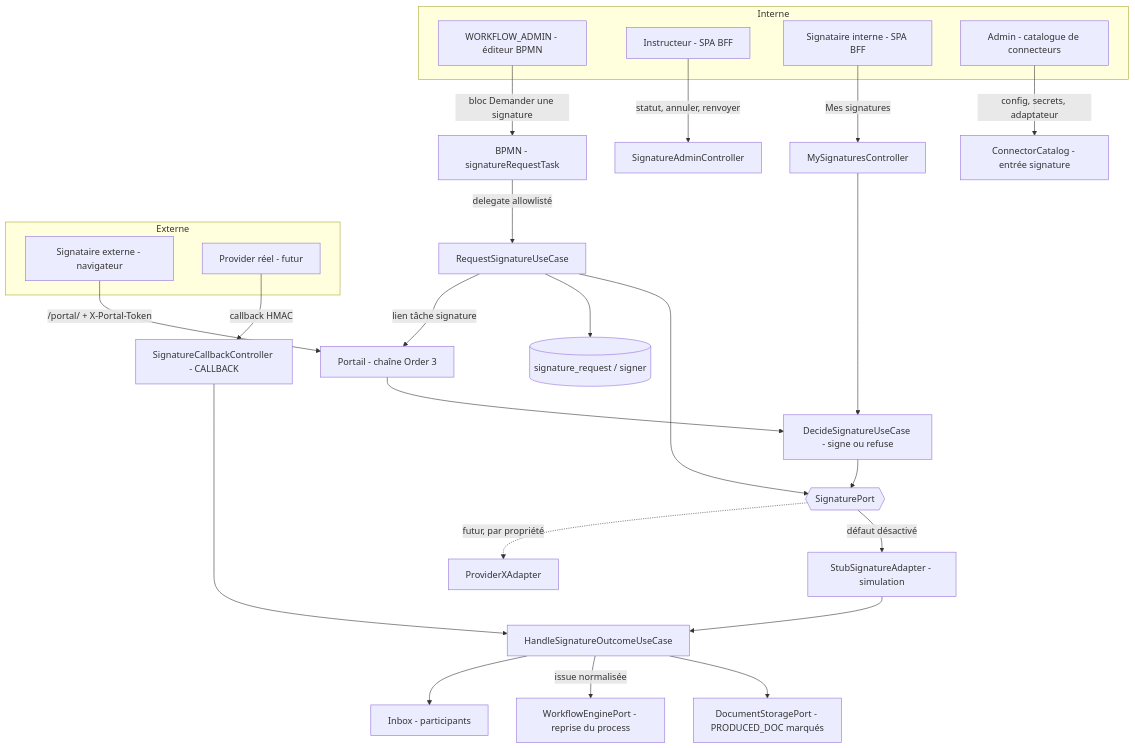
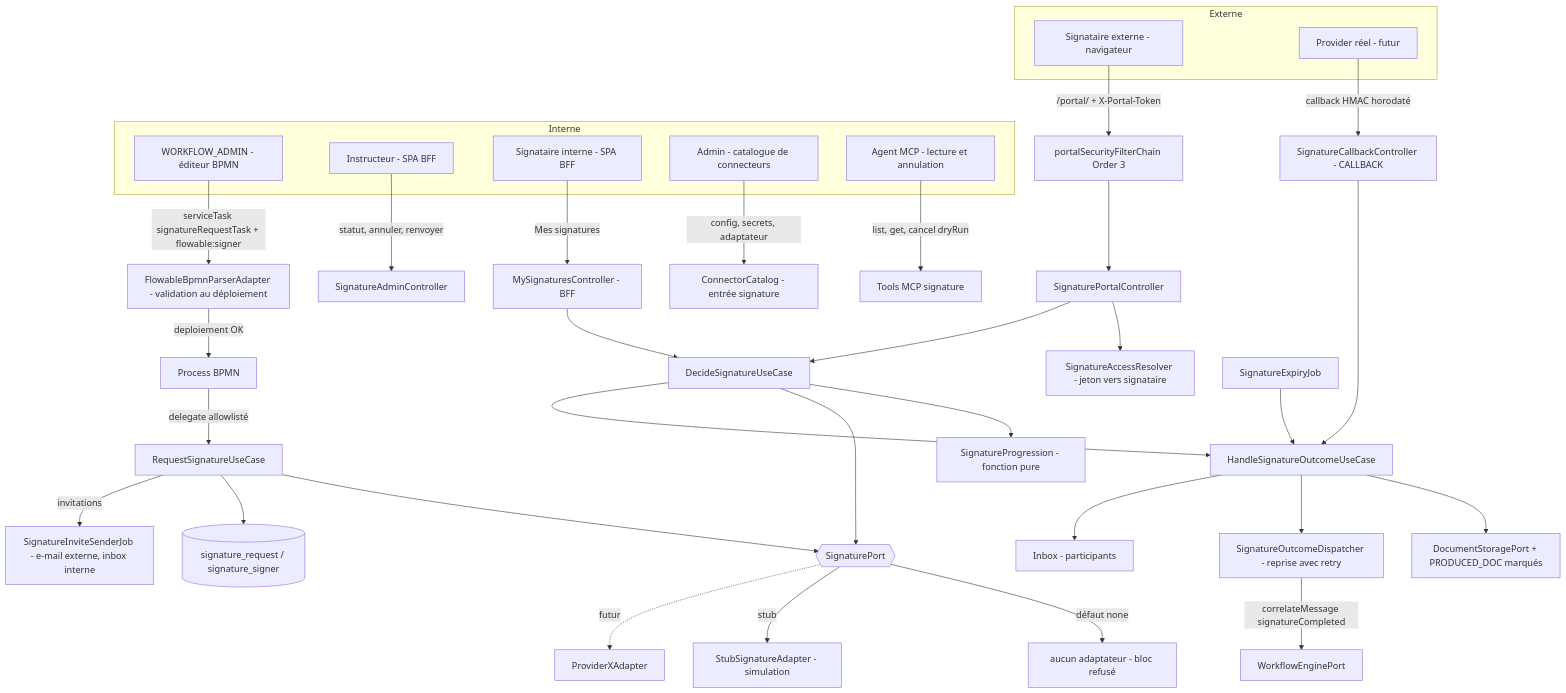
One commit to superjojo79/Myrmacta changed the first of 3 diagrams in docs/ai/design/2026-09-29-feature-signature-electronique.md. Above: the diagram before and after it, drawn with Mermaid. The commit also changed other lines of this file and 7 other files, not shown here.

First line of the commit message:
docs(signature): Phase 3 (design) close — tables dédiées, marqueur BPMN, garde du stub

````diff
--- a/docs/ai/design/2026-09-29-feature-signature-electronique.md
+++ b/docs/ai/design/2026-09-29-feature-signature-electronique.md
@@ -18,34 +31,43 @@
 ```mermaid
 graph TD
     subgraph Externe
         S[Signataire externe - navigateur]
         P[Provider réel - futur]
     end
     subgraph Interne
         A[WORKFLOW_ADMIN - éditeur BPMN]
         I[Instructeur - SPA BFF]
         SI[Signataire interne - SPA BFF]
         AD[Admin - catalogue de connecteurs]
+        AG[Agent MCP - lecture et annulation]
     end
 
-    A -->|bloc Demander une signature| BPMN[BPMN - signatureRequestTask]
+    A -->|serviceTask signatureRequestTask + flowable:signer| PARSER[FlowableBpmnParserAdapter - validation au déploiement]
+    PARSER -->|deploiement OK| BPMN[Process BPMN]
     BPMN -->|delegate allowlisté| UC[RequestSignatureUseCase]
     UC --> PORT{{SignaturePort}}
-    PORT -->|défaut désactivé| STUB[StubSignatureAdapter - simulation]
-    PORT -.->|futur, par propriété| REAL[ProviderXAdapter]
-    UC --> REPO[(signature_request / signer)]
-    UC -->|lien tâche signature| PORTAL[Portail - chaîne Order 3]
-    S -->|/portal/ + X-Portal-Token| PORTAL
-    PORTAL --> DEC[DecideSignatureUseCase - signe ou refuse]
+    PORT -->|défaut none| NONE[aucun adaptateur - bloc refusé]
+    PORT -->|stub| STUB[StubSignatureAdapter - simulation]
+    PORT -.->|futur| REAL[ProviderXAdapter]
+    UC --> REPO[(signature_request / signature_signer)]
+    UC -->|invitations| INV[SignatureInviteSenderJob - e-mail externe, inbox interne]
+    S -->|/portal/ + X-Portal-Token| PCHAIN[portalSecurityFilterChain Order 3]
+    PCHAIN --> SIGCTL[SignaturePortalController]
+    SIGCTL --> RES[SignatureAccessResolver - jeton vers signataire]
+    SIGCTL --> DEC[DecideSignatureUseCase]
+    SI -->|Mes signatures| MINE[MySignaturesController - BFF]
+    MINE --> DEC
+    DEC --> PROG[SignatureProgression - fonction pure]
     DEC --> PORT
-    P -->|callback HMAC| CB[SignatureCallbackController - CALLBACK]
+    P -->|callback HMAC horodaté| CB[SignatureCallbackController - CALLBACK]
     CB --> OUT[HandleSignatureOutcomeUseCase]
-    STUB --> OUT
-    OUT --> DOC[DocumentStoragePort - PRODUCED_DOC marqués]
-    OUT -->|issue normalisée| FLOW[WorkflowEnginePort - reprise du process]
+    DEC --> OUT
+    OUT --> DOC[DocumentStoragePort + PRODUCED_DOC marqués]
+    OUT --> DISP[SignatureOutcomeDispatcher - reprise avec retry]
+    DISP -->|correlateMessage signatureCompleted| FLOW[WorkflowEnginePort]
     OUT --> NOTIF[Inbox - participants]
     I -->|statut, annuler, renvoyer| ADMINAPI[SignatureAdminController]
-    SI -->|Mes signatures| MINE[MySignaturesController]
-    MINE --> DEC
     AD -->|config, secrets, adaptateur| CATALOG[ConnectorCatalog - entrée signature]
+    AG -->|list, get, cancel dryRun| MCP[Tools MCP signature]
+    EXP[SignatureExpiryJob] --> OUT
 ```
````
